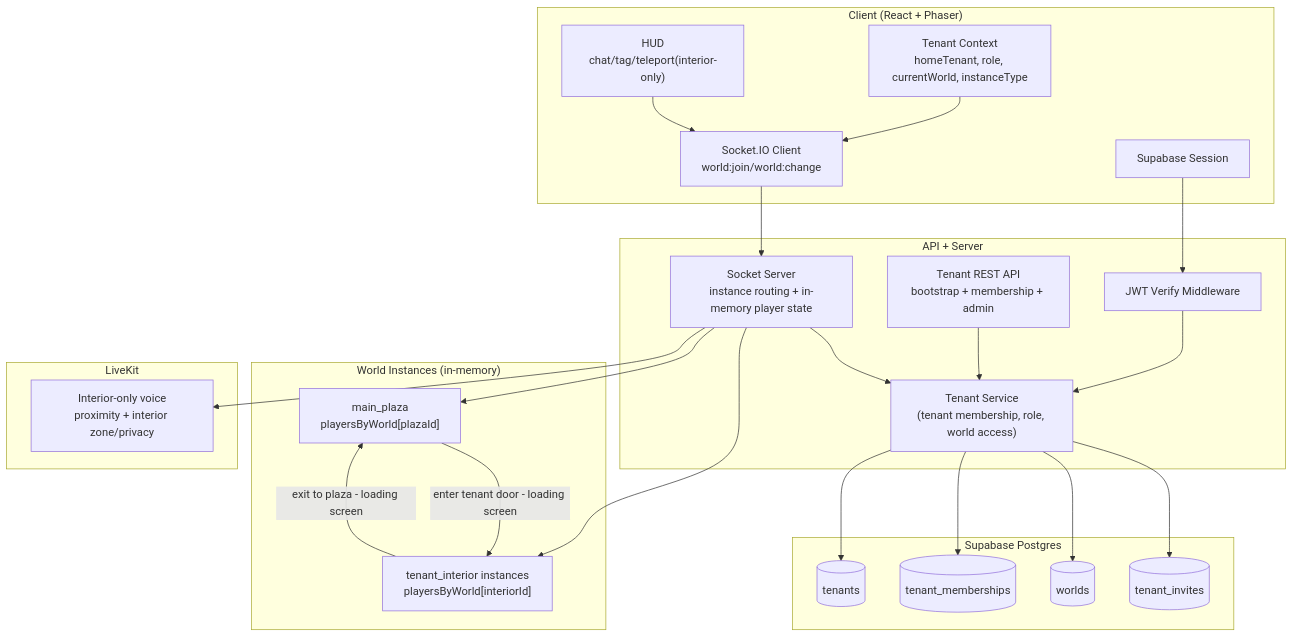
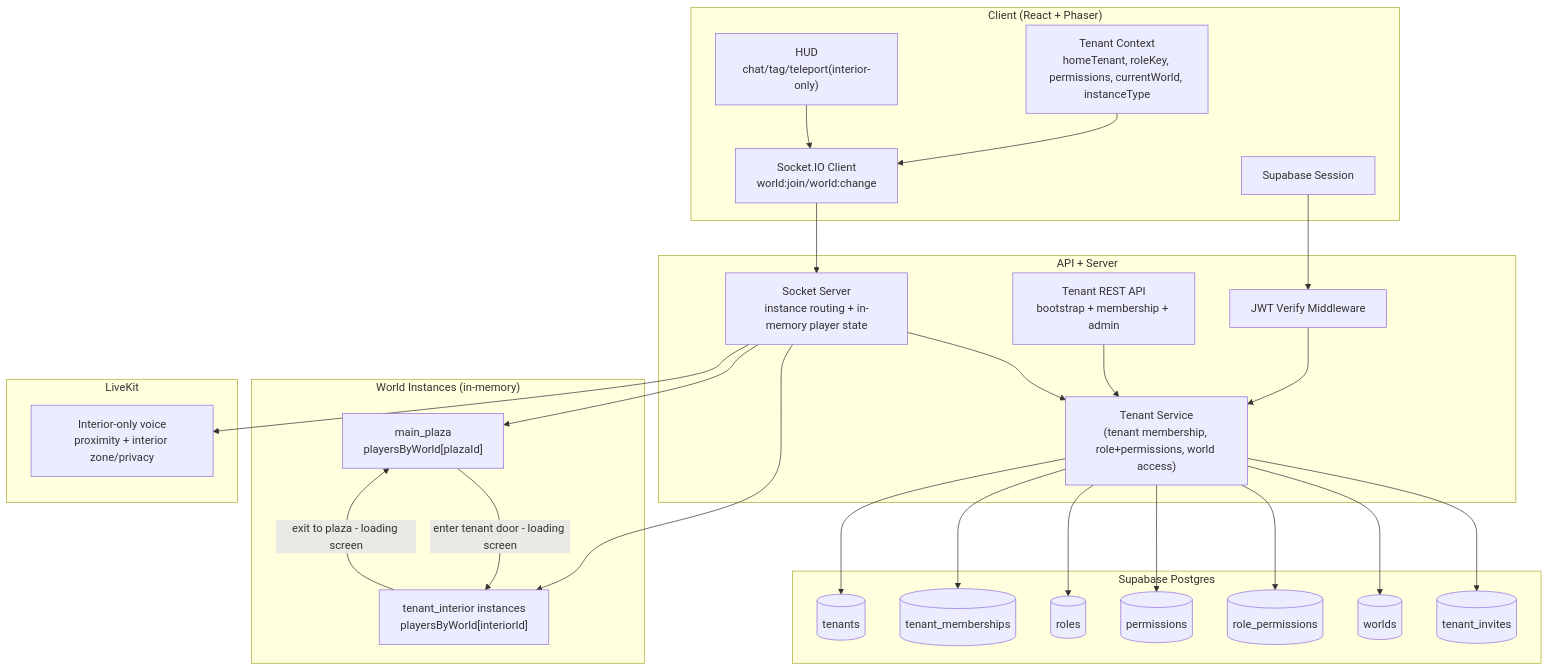
One commit to Catalystnick/Gather-poc changed the first of 8 diagrams in Specs/tenant-architecture-plan.md. Above: the diagram before and after it, drawn with Mermaid. The commit also changed other lines of this file and 20 other files, not shown here.

````diff
--- a/Specs/tenant-architecture-plan.md
+++ b/Specs/tenant-architecture-plan.md
@@ -50,52 +50,58 @@
 ```mermaid
 flowchart TB
   subgraph Client["Client (React + Phaser)"]
     Auth["Supabase Session"]
-    TenantCtx["Tenant Context\nhomeTenant, role, currentWorld, instanceType"]
+    TenantCtx["Tenant Context\nhomeTenant, roleKey, permissions, currentWorld, instanceType"]
     SocketClient["Socket.IO Client\nworld:join/world:change"]
     HUD["HUD\nchat/tag/teleport(interior-only)"]
   end
 
   subgraph Edge["API + Server"]
     AuthMW["JWT Verify Middleware"]
-    TenantSvc["Tenant Service\n(tenant membership, role, world access)"]
+    TenantSvc["Tenant Service\n(tenant membership, role+permissions, world access)"]
     TenantApi["Tenant REST API\nbootstrap + membership + admin"]
     Server["Socket Server\ninstance routing + in-memory player state"]
   end
 
   subgraph WorldTopo["World Instances (in-memory)"]
     Plaza["main_plaza\nplayersByWorld[plazaId]"]
     Interiors["tenant_interior instances\nplayersByWorld[interiorId]"]
   end
 
   subgraph Data["Supabase Postgres"]
     Org[(tenants)]
     Member[(tenant_memberships)]
+    Roles[(roles)]
+    Perms[(permissions)]
+    RolePerms[(role_permissions)]
     Worlds[(worlds)]
     Invite[(tenant_invites)]
   end
 
   subgraph Voice["LiveKit"]
     LK["Interior-only voice\nproximity + interior zone/privacy"]
   end
 
   Auth --> AuthMW
   AuthMW --> TenantSvc
   TenantCtx --> SocketClient
   SocketClient --> Server
   HUD --> SocketClient
 
   TenantApi --> TenantSvc
   Server --> TenantSvc
   Server --> Plaza
   Server --> Interiors
   Plaza -->|enter tenant door - loading screen| Interiors
   Interiors -->|exit to plaza - loading screen| Plaza
 
   TenantSvc --> Org
   TenantSvc --> Member
+  TenantSvc --> Roles
+  TenantSvc --> Perms
+  TenantSvc --> RolePerms
   TenantSvc --> Worlds
   TenantSvc --> Invite
 
   Server --> LK
 ```
````
